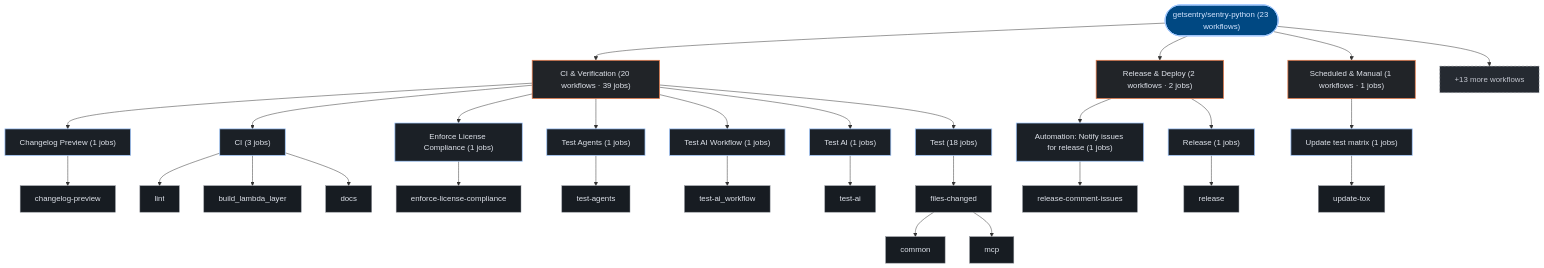
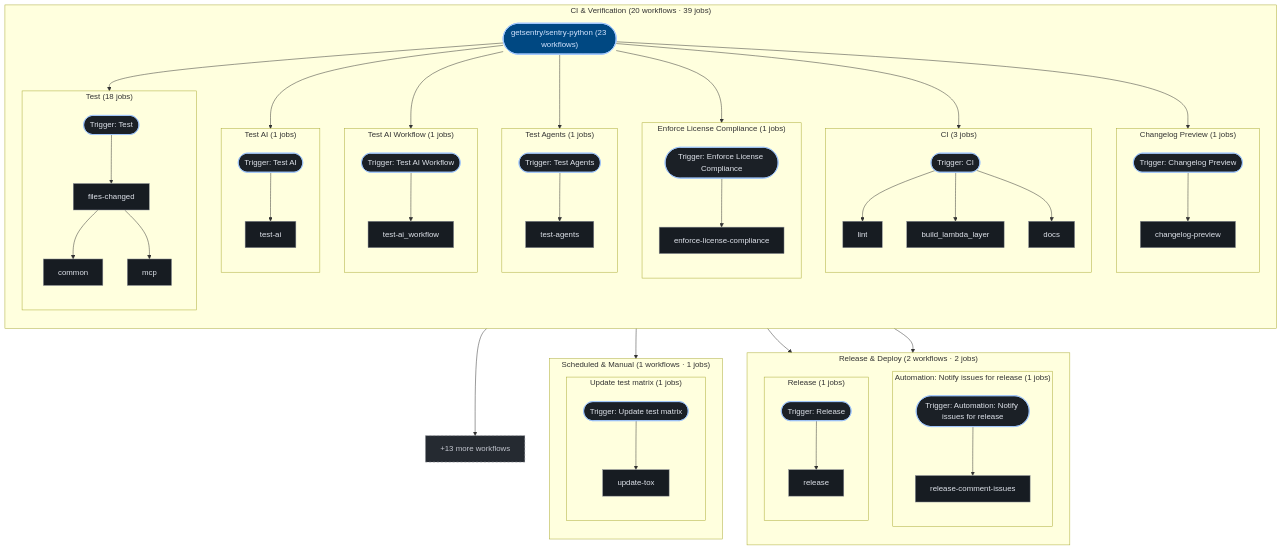
Before and after one commit to kumarshaz/atruss-code-atlas: the third of 3 diagrams in exports/latest/reports/getsentry-sentry-python-report.md, drawn with Mermaid. The commit also changed 181 other files, not shown here.

````diff
--- a/exports/latest/reports/getsentry-sentry-python-report.md
+++ b/exports/latest/reports/getsentry-sentry-python-report.md
@@ -349,60 +349,93 @@
   classDef atlasAlert fill:#93000a,stroke:#ffb4ab,stroke-width:1.5px,color:#ffdad6
   classDef atlasMore fill:#252a31,stroke:#8d9199,stroke-dasharray:4 4,color:#c3c6cf
   pipeline_root(["getsentry/sentry-python (23 workflows)"]):::atlasRoot
-  grp_0_CI___Verification["CI & Verification (20 workflows · 39 jobs)"]:::atlasCategory
-  pipeline_root --> grp_0_CI___Verification
-  wf_0_Changelog_Preview["Changelog Preview (1 jobs)"]:::atlasWorkflow
-  grp_0_CI___Verification --> wf_0_Changelog_Preview
-  job_0_changelog_preview["changelog-preview"]:::atlasJob
-  wf_0_Changelog_Preview --> job_0_changelog_preview
-  wf_1_CI["CI (3 jobs)"]:::atlasWorkflow
-  grp_0_CI___Verification --> wf_1_CI
-  job_1_lint["lint"]:::atlasJob
-  job_1_build_lambda_layer["build_lambda_layer"]:::atlasJob
-  job_1_docs["docs"]:::atlasJob
-  wf_1_CI --> job_1_lint
-  wf_1_CI --> job_1_build_lambda_layer
-  wf_1_CI --> job_1_docs
-  wf_2_Enforce_License_Compliance["Enforce License Compliance (1 jobs)"]:::atlasWorkflow
-  grp_0_CI___Verification --> wf_2_Enforce_License_Compliance
-  job_2_enforce_license_compliance["enforce-license-compliance"]:::atlasJob
-  wf_2_Enforce_License_Compliance --> job_2_enforce_license_compliance
-  wf_5_Test_Agents["Test Agents (1 jobs)"]:::atlasWorkflow
-  grp_0_CI___Verification --> wf_5_Test_Agents
-  job_5_test_agents["test-agents"]:::atlasJob
-  wf_5_Test_Agents --> job_5_test_agents
-  wf_6_Test_AI_Workflow["Test AI Workflow (1 jobs)"]:::atlasWorkflow
-  grp_0_CI___Verification --> wf_6_Test_AI_Workflow
-  job_6_test_ai_workflow["test-ai_workflow"]:::atlasJob
-  wf_6_Test_AI_Workflow --> job_6_test_ai_workflow
-  wf_7_Test_AI["Test AI (1 jobs)"]:::atlasWorkflow
-  grp_0_CI___Verification --> wf_7_Test_AI
-  job_7_test_ai["test-ai"]:::atlasJob
-  wf_7_Test_AI --> job_7_test_ai
-  wf_20_Test["Test (18 jobs)"]:::atlasWorkflow
-  grp_0_CI___Verification --> wf_20_Test
-  job_20_files_changed["files-changed"]:::atlasJob
-  job_20_common["common"]:::atlasJob
-  job_20_mcp["mcp"]:::atlasJob
-  wf_20_Test --> job_20_files_changed
-  job_20_files_changed --> job_20_common
-  job_20_files_changed --> job_20_mcp
-  grp_1_Release___Deploy["Release & Deploy (2 workflows · 2 jobs)"]:::atlasCategory
-  pipeline_root --> grp_1_Release___Deploy
-  wf_3_Automation__Notify_issues_for_release["Automation: Notify issues for release (1 jobs)"]:::atlasWorkflow
-  grp_1_Release___Deploy --> wf_3_Automation__Notify_issues_for_release
-  job_3_release_comment_issues["release-comment-issues"]:::atlasJob
-  wf_3_Automation__Notify_issues_for_release --> job_3_release_comment_issues
-  wf_4_Release["Release (1 jobs)"]:::atlasWorkflow
-  grp_1_Release___Deploy --> wf_4_Release
-  job_4_release["release"]:::atlasJob
-  wf_4_Release --> job_4_release
-  grp_2_Scheduled___Manual["Scheduled & Manual (1 workflows · 1 jobs)"]:::atlasCategory
-  pipeline_root --> grp_2_Scheduled___Manual
-  wf_21_Update_test_matrix["Update test matrix (1 jobs)"]:::atlasWorkflow
-  grp_2_Scheduled___Manual --> wf_21_Update_test_matrix
-  job_21_update_tox["update-tox"]:::atlasJob
-  wf_21_Update_test_matrix --> job_21_update_tox
+  subgraph sg_grp_0_CI___Verification["CI & Verification (20 workflows · 39 jobs)"]
+    direction TB
+    subgraph sg_wf_0_Changelog_Preview["Changelog Preview (1 jobs)"]
+      direction TB
+      wf_0_Changelog_Preview(["Trigger: Changelog Preview"]):::atlasWorkflow
+      job_0_changelog_preview["changelog-preview"]:::atlasJob
+      wf_0_Changelog_Preview --> job_0_changelog_preview
+    end
+    pipeline_root --> wf_0_Changelog_Preview
+    subgraph sg_wf_1_CI["CI (3 jobs)"]
+      direction TB
+      wf_1_CI(["Trigger: CI"]):::atlasWorkflow
+      job_1_lint["lint"]:::atlasJob
+      job_1_build_lambda_layer["build_lambda_layer"]:::atlasJob
+      job_1_docs["docs"]:::atlasJob
+      wf_1_CI --> job_1_lint
+      wf_1_CI --> job_1_build_lambda_layer
+      wf_1_CI --> job_1_docs
+    end
+    pipeline_root --> wf_1_CI
+    subgraph sg_wf_2_Enforce_License_Compliance["Enforce License Compliance (1 jobs)"]
+      direction TB
+      wf_2_Enforce_License_Compliance(["Trigger: Enforce License Compliance"]):::atlasWorkflow
+      job_2_enforce_license_compliance["enforce-license-compliance"]:::atlasJob
+      wf_2_Enforce_License_Compliance --> job_2_enforce_license_compliance
+    end
+    pipeline_root --> wf_2_Enforce_License_Compliance
+    subgraph sg_wf_5_Test_Agents["Test Agents (1 jobs)"]
+      direction TB
+      wf_5_Test_Agents(["Trigger: Test Agents"]):::atlasWorkflow
+      job_5_test_agents["test-agents"]:::atlasJob
+      wf_5_Test_Agents --> job_5_test_agents
+    end
+    pipeline_root --> wf_5_Test_Agents
+    subgraph sg_wf_6_Test_AI_Workflow["Test AI Workflow (1 jobs)"]
+      direction TB
+      wf_6_Test_AI_Workflow(["Trigger: Test AI Workflow"]):::atlasWorkflow
+      job_6_test_ai_workflow["test-ai_workflow"]:::atlasJob
+      wf_6_Test_AI_Workflow --> job_6_test_ai_workflow
+    end
+    pipeline_root --> wf_6_Test_AI_Workflow
+    subgraph sg_wf_7_Test_AI["Test AI (1 jobs)"]
+      direction TB
+      wf_7_Test_AI(["Trigger: Test AI"]):::atlasWorkflow
+      job_7_test_ai["test-ai"]:::atlasJob
+      wf_7_Test_AI --> job_7_test_ai
+    end
+    pipeline_root --> wf_7_Test_AI
+    subgraph sg_wf_20_Test["Test (18 jobs)"]
+      direction TB
+      wf_20_Test(["Trigger: Test"]):::atlasWorkflow
+      job_20_files_changed["files-changed"]:::atlasJob
+      job_20_common["common"]:::atlasJob
+      job_20_mcp["mcp"]:::atlasJob
+      wf_20_Test --> job_20_files_changed
+      job_20_files_changed --> job_20_common
+      job_20_files_changed --> job_20_mcp
+    end
+    pipeline_root --> wf_20_Test
+  end
+  subgraph sg_grp_1_Release___Deploy["Release & Deploy (2 workflows · 2 jobs)"]
+    direction TB
+    subgraph sg_wf_3_Automation__Notify_issues_for_release["Automation: Notify issues for release (1 jobs)"]
+      direction TB
+      wf_3_Automation__Notify_issues_for_release(["Trigger: Automation: Notify issues for release"]):::atlasWorkflow
+      job_3_release_comment_issues["release-comment-issues"]:::atlasJob
+      wf_3_Automation__Notify_issues_for_release --> job_3_release_comment_issues
+    end
+    pipeline_root --> wf_3_Automation__Notify_issues_for_release
+    subgraph sg_wf_4_Release["Release (1 jobs)"]
+      direction TB
+      wf_4_Release(["Trigger: Release"]):::atlasWorkflow
+      job_4_release["release"]:::atlasJob
+      wf_4_Release --> job_4_release
+    end
+    pipeline_root --> wf_4_Release
+  end
+  subgraph sg_grp_2_Scheduled___Manual["Scheduled & Manual (1 workflows · 1 jobs)"]
+    direction TB
+    subgraph sg_wf_21_Update_test_matrix["Update test matrix (1 jobs)"]
+      direction TB
+      wf_21_Update_test_matrix(["Trigger: Update test matrix"]):::atlasWorkflow
+      job_21_update_tox["update-tox"]:::atlasJob
+      wf_21_Update_test_matrix --> job_21_update_tox
+    end
+    pipeline_root --> wf_21_Update_test_matrix
+  end
   wf_more["+13 more workflows"]:::atlasMore
   pipeline_root --> wf_more
 ```
````
